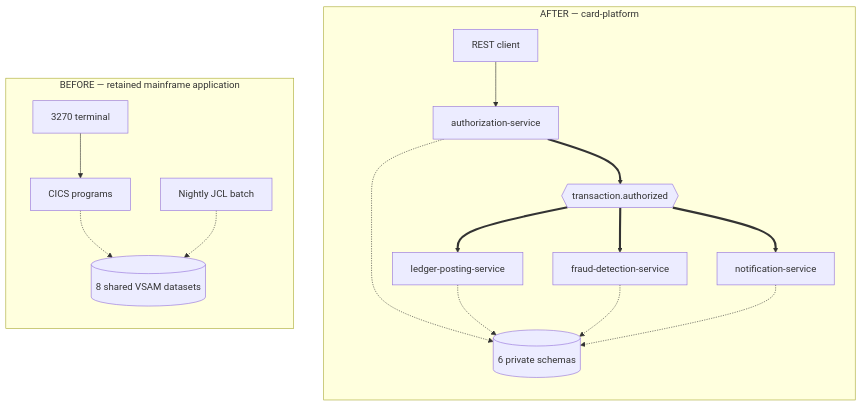
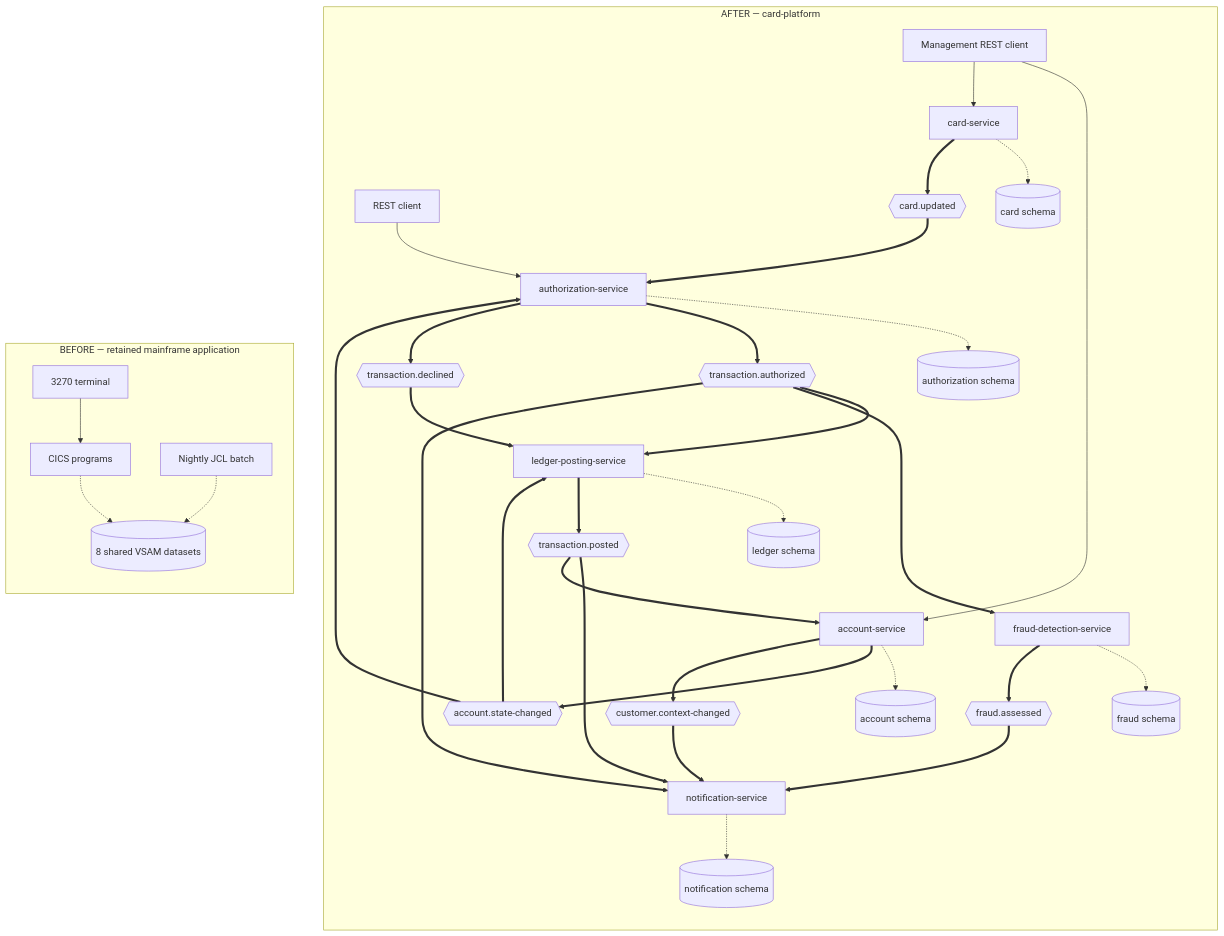
The diagram in README.md (blitzy-public-samples/aws-carddemo-blitzy), drawn with Mermaid before and after one commit. The commit also changed other lines of this file and 496 other files, not shown here.

````diff
--- a/README.md
+++ b/README.md
@@ -76,35 +76,68 @@
 ```mermaid
 graph LR
     subgraph BEFORE["BEFORE — retained mainframe application"]
         direction TB
         TERM["3270 terminal"]
         ONLINE["CICS programs"]
         BATCH["Nightly JCL batch"]
         VSAM[("8 shared VSAM datasets")]
         TERM --> ONLINE
         ONLINE -.-> VSAM
         BATCH -.-> VSAM
     end
 
     subgraph AFTER["AFTER — card-platform"]
         direction TB
         CLIENT["REST client"]
+        ADMIN["Management REST client"]
         AUTH["authorization-service"]
-        TOPIC{{"transaction.authorized"}}
+        AUTHDB[("authorization schema")]
+        TA{{"transaction.authorized"}}
+        TD{{"transaction.declined"}}
         LEDGER["ledger-posting-service"]
+        LEDGERDB[("ledger schema")]
         FRAUD["fraud-detection-service"]
+        FRAUDDB[("fraud schema")]
         NOTIFY["notification-service"]
-        SCHEMAS[("6 private schemas")]
+        NOTIFYDB[("notification schema")]
+        TP{{"transaction.posted"}}
+        FA{{"fraud.assessed"}}
+        ACCOUNT["account-service"]
+        ACCOUNTDB[("account schema")]
+        CARD["card-service"]
+        CARDDB[("card schema")]
+        AS{{"account.state-changed"}}
+        CU{{"card.updated"}}
+        CC{{"customer.context-changed"}}
+
         CLIENT --> AUTH
-        AUTH ==> TOPIC
-        TOPIC ==> LEDGER
-        TOPIC ==> FRAUD
-        TOPIC ==> NOTIFY
-        AUTH -.-> SCHEMAS
-        LEDGER -.-> SCHEMAS
-        FRAUD -.-> SCHEMAS
-        NOTIFY -.-> SCHEMAS
+        ADMIN --> ACCOUNT
+        ADMIN --> CARD
+        AUTH -.-> AUTHDB
+        AUTH ==> TA
+        AUTH ==> TD
+        TA ==> LEDGER
+        TA ==> FRAUD
+        TA ==> NOTIFY
+        TD ==> LEDGER
+        LEDGER -.-> LEDGERDB
+        FRAUD -.-> FRAUDDB
+        NOTIFY -.-> NOTIFYDB
+        LEDGER ==> TP
+        FRAUD ==> FA
+        TP ==> NOTIFY
+        FA ==> NOTIFY
+        TP ==> ACCOUNT
+        ACCOUNT -.-> ACCOUNTDB
+        CARD -.-> CARDDB
+        ACCOUNT ==> AS
+        ACCOUNT ==> CC
+        CARD ==> CU
+        AS ==> AUTH
+        AS ==> LEDGER
+        CU ==> AUTH
+        CC ==> NOTIFY
     end
 
     VSAM ~~~ CLIENT
 ```
````
